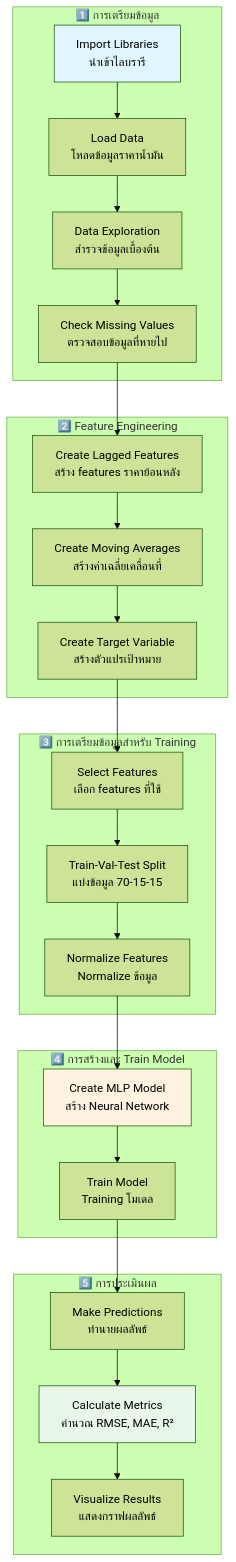
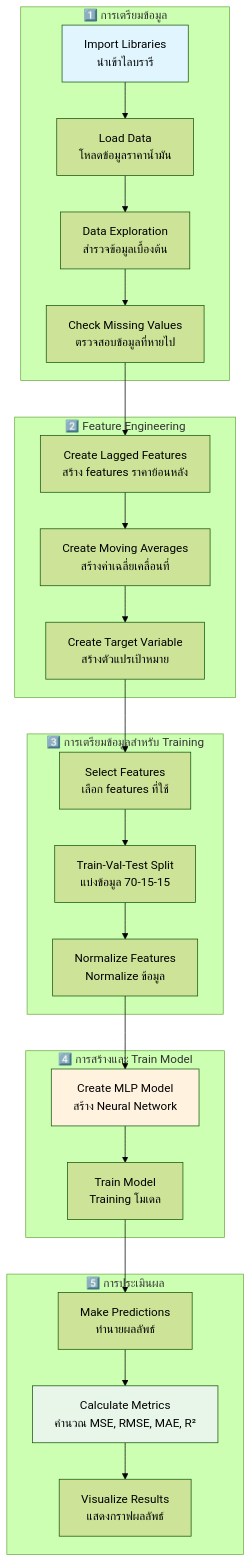
Before and after one commit to K400000/Oil-Price-Prediction: the diagram in notebooks/Neural_Network_Documentation.md, drawn with Mermaid (forest theme). The commit also changed other lines of this file and 5 other files, not shown here.

````diff
--- a/notebooks/Neural_Network_Documentation.md
+++ b/notebooks/Neural_Network_Documentation.md
@@ -10,35 +10,35 @@
 ```mermaid
 flowchart TD
     subgraph "1️⃣ การเตรียมข้อมูล"
         A[Import Libraries<br/>นำเข้าไลบรารี] --> B[Load Data<br/>โหลดข้อมูลราคาน้ำมัน]
         B --> C[Data Exploration<br/>สำรวจข้อมูลเบื้องต้น]
         C --> D[Check Missing Values<br/>ตรวจสอบข้อมูลที่หายไป]
     end
 
     subgraph "2️⃣ Feature Engineering"
         D --> E[Create Lagged Features<br/>สร้าง features ราคาย้อนหลัง]
         E --> F[Create Moving Averages<br/>สร้างค่าเฉลี่ยเคลื่อนที่]
         F --> G[Create Target Variable<br/>สร้างตัวแปรเป้าหมาย]
     end
 
     subgraph "3️⃣ การเตรียมข้อมูลสำหรับ Training"
         G --> H[Select Features<br/>เลือก features ที่ใช้]
         H --> I[Train-Val-Test Split<br/>แบ่งข้อมูล 70-15-15]
         I --> J[Normalize Features<br/>Normalize ข้อมูล]
     end
 
     subgraph "4️⃣ การสร้างและ Train Model"
         J --> K[Create MLP Model<br/>สร้าง Neural Network]
         K --> L[Train Model<br/>Training โมเดล]
     end
 
     subgraph "5️⃣ การประเมินผล"
         L --> M[Make Predictions<br/>ทำนายผลลัพธ์]
-        M --> N[Calculate Metrics<br/>คำนวณ RMSE, MAE, R²]
+        M --> N[Calculate Metrics<br/>คำนวณ MSE, RMSE, MAE, R²]
         N --> O[Visualize Results<br/>แสดงกราฟผลลัพธ์]
     end
 
     style A fill:#e1f5fe
     style K fill:#fff3e0
     style N fill:#e8f5e9
 ```
````
